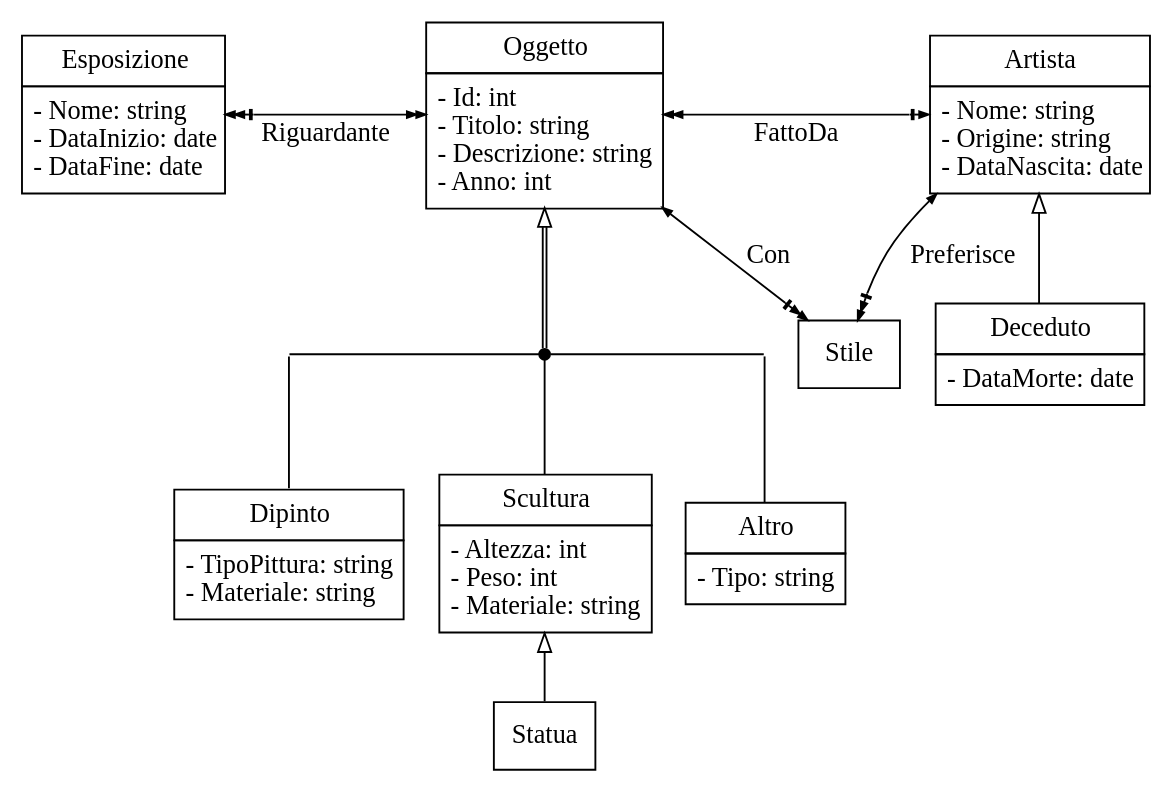
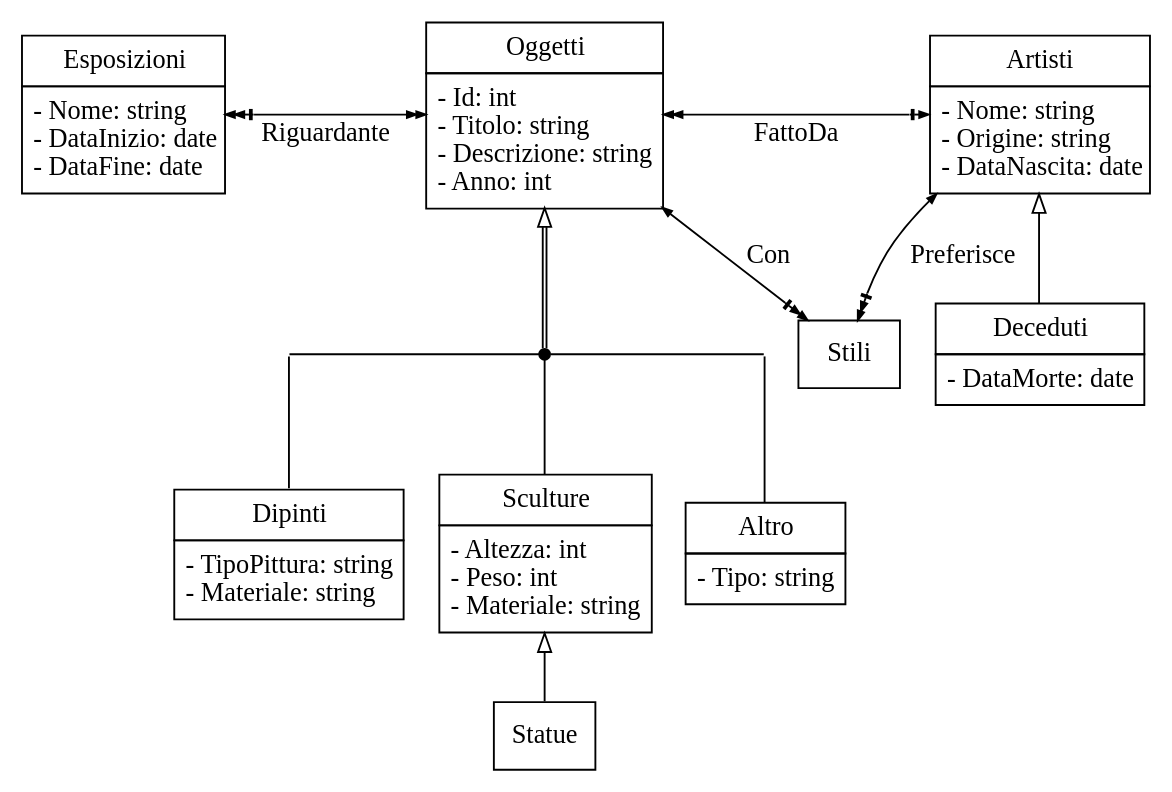
Diagram 14 of 17 in src/ct0006-1/README.md (alek3y/cs), drawn with Graphviz before and after one commit. The commit also changed other lines of this file, not shown here.

````diff
--- a/src/ct0006-1/README.md
+++ b/src/ct0006-1/README.md
@@ -267,35 +274,35 @@
 	{
 		rank=same
 
-		Oggetto [
+		Oggetti [
 			shape=plain
 			label=<<table border="0" cellborder="1" cellspacing="0" cellpadding="5">
-				<tr><td>Oggetto</td></tr>
+				<tr><td>Oggetti</td></tr>
 				<tr><td>- Id: int<br align="left"/>- Titolo: string<br align="left"/>- Descrizione: string<br align="left"/>- Anno: int<br align="left"/></td></tr>
 			</table>>
 		]
 
-		Artista [
+		Artisti [
 			shape=plain
 			label=<<table border="0" cellborder="1" cellspacing="0" cellpadding="5">
-				<tr><td>Artista</td></tr>
+				<tr><td>Artisti</td></tr>
 				<tr><td>- Nome: string<br align="left"/>- Origine: string<br align="left"/>- DataNascita: date<br align="left"/></td></tr>
 			</table>>
 		]
 
-		Esposizione [
+		Esposizioni [
 			shape=plain
 			label=<<table border="0" cellborder="1" cellspacing="0" cellpadding="5">
-				<tr><td>Esposizione</td></tr>
+				<tr><td>Esposizioni</td></tr>
 				<tr><td>- Nome: string<br align="left"/>- DataInizio: date<br align="left"/>- DataFine: date<br align="left"/></td></tr>
 			</table>>
 		]
 	}
 
-	Deceduto [
+	Deceduti [
 		shape=plain
 		label=<<table border="0" cellborder="1" cellspacing="0" cellpadding="5">
-			<tr><td>Deceduto</td></tr>
+			<tr><td>Deceduti</td></tr>
 			<tr><td>- DataMorte: date</td></tr>
 		</table>>
 	]
@@ -303,18 +310,18 @@
 	{
 		rank=same
 
-		Dipinto [
+		Dipinti [
 			shape=plain
 			label=<<table border="0" cellborder="1" cellspacing="0" cellpadding="5">
-				<tr><td>Dipinto</td></tr>
+				<tr><td>Dipinti</td></tr>
 				<tr><td>- TipoPittura: string<br align="left"/>- Materiale: string<br align="left"/></td></tr>
 			</table>>
 		]
 
-		Scultura [
+		Sculture [
 			shape=plain
 			label=<<table border="0" cellborder="1" cellspacing="0" cellpadding="5">
-				<tr><td>Scultura</td></tr>
+				<tr><td>Sculture</td></tr>
 				<tr><td>- Altezza: int<br align="left"/>- Peso: int<br align="left"/>- Materiale: string<br align="left"/></td></tr>
 			</table>>
 		]
@@ -335,18 +342,18 @@
 		0 -> 1 -> 2 [dir=none]
 	}
 
-	Esposizione -> Oggetto [label="Riguardante" arrowhead=normalnormal arrowtail=normalnormalnonetee]
-	Oggetto -> Artista [label="FattoDa" arrowhead=normalnonetee arrowtail=normalnormal]
+	Esposizioni -> Oggetti [label="Riguardante" arrowhead=normalnormal arrowtail=normalnormalnonetee]
+	Oggetti -> Artisti [label="FattoDa" arrowhead=normalnonetee arrowtail=normalnormal]
 
-	1 -> Oggetto [arrowsize=1 dir=forward arrowhead=onormal color="black:black" weight=100]
-	Dipinto -> 0 [dir=none weight=100]
-	Scultura -> 1 [dir=none weight=100]
+	1 -> Oggetti [arrowsize=1 dir=forward arrowhead=onormal color="black:black" weight=100]
+	Dipinti -> 0 [dir=none weight=100]
+	Sculture -> 1 [dir=none weight=100]
 	Altro -> 2 [dir=none weight=100]
 
-	Deceduto -> Artista [arrowsize=1 dir=forward arrowhead=onormal weight=100]
-	Statua -> Scultura [arrowsize=1 dir=forward arrowhead=onormal]
+	Deceduti -> Artisti [arrowsize=1 dir=forward arrowhead=onormal weight=100]
+	Statue -> Sculture [arrowsize=1 dir=forward arrowhead=onormal]
 
-	Stile -> Oggetto [label="Con" arrowtail=normalnormalnonetee]
-	Stile -> Artista [label="Preferisce" arrowtail=normalnormalnonetee]
+	Stili -> Oggetti [label="Con" arrowtail=normalnormalnonetee]
+	Stili -> Artisti [label="Preferisce" arrowtail=normalnormalnonetee]
 }
 ```
````
